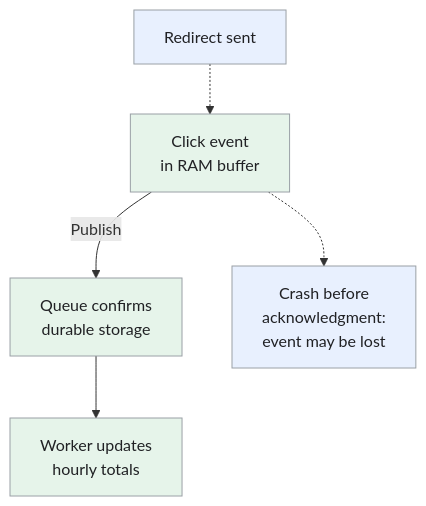
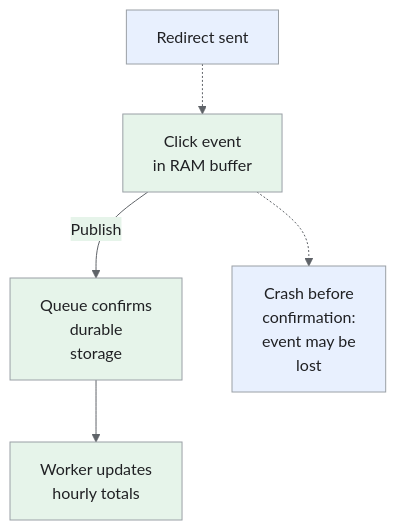
Before and after one commit to iliazlobin/iliazlobin.github.io: the seventh of 7 diagrams in _designs/system-design-bitly-url-shortener.md, drawn with Mermaid. The commit also changed other lines of this file and 116 other files, not shown here.

````diff
--- a/_designs/system-design-bitly-url-shortener.md
+++ b/_designs/system-design-bitly-url-shortener.md
@@ -528,12 +579,13 @@
 ```mermaid
+%%{init: {"theme":"base","themeVariables":{"primaryColor":"#e8f0fe","primaryBorderColor":"#9aa0a6","primaryTextColor":"#202124","secondaryColor":"#e6f4ea","tertiaryColor":"#fef7e0","lineColor":"#5f6368","actorBkg":"#e8f0fe","actorBorder":"#9aa0a6","actorTextColor":"#202124","noteBkgColor":"#fef7e0","noteBorderColor":"#9aa0a6","noteTextColor":"#202124","signalColor":"#5f6368","signalTextColor":"#202124"}}}%%
 flowchart TB
     Response["Redirect sent"] -.-> Buffer["Click event<br>in RAM buffer"]
-    Buffer -->|"Publish"| Queue["Queue confirms<br>durable storage"]
+    Buffer -->|"Publish"| Queue["Queue confirms<br>durable<br>storage"]
     Queue --> Worker["Worker updates<br>hourly totals"]
-    Buffer -.-> Loss["Crash before<br>acknowledgment:<br>event may be lost"]
+    Buffer -.-> Loss["Crash before<br>confirmation:<br>event may be<br>lost"]
   classDef request fill:#e8f0fe,stroke:#9aa0a6,color:#202124,stroke-width:1px
   classDef background fill:#e6f4ea,stroke:#9aa0a6,color:#202124,stroke-width:1px
   classDef control fill:#fef7e0,stroke:#9aa0a6,color:#202124,stroke-width:1px
   class Response,Loss request
   class Buffer,Queue,Worker background
 ```
````
